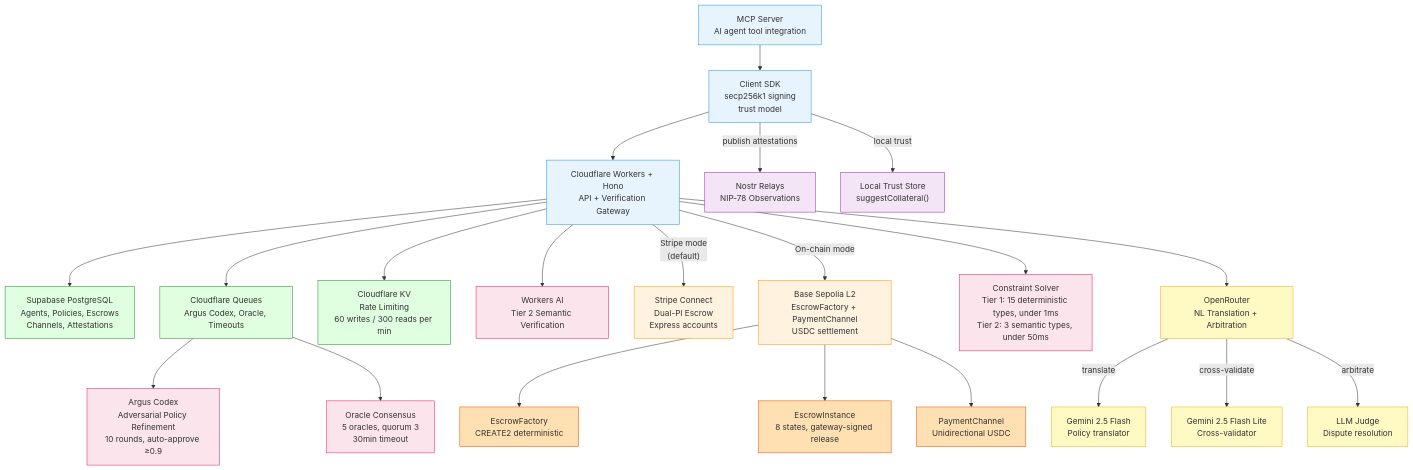
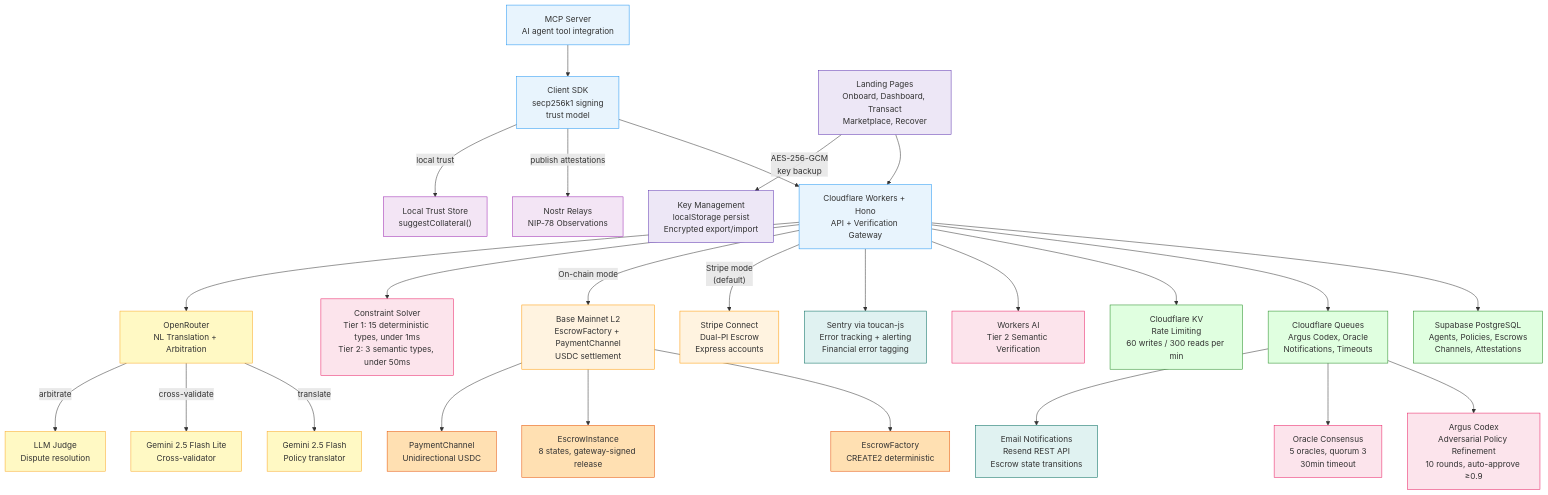
One commit to Schmoll86/trustthenverify changed the diagram in docs/architecture.mmd. Above: the diagram before and after it, drawn with Mermaid. The commit also changed 3 other files, not shown here.

First line of the commit message:
docs: update CLAUDE.md, README, architecture diagram for production readiness

````diff
--- a/docs/architecture.mmd
+++ b/docs/architecture.mmd
@@ -1,47 +1,56 @@
 ```mermaid
 graph TD
     SDK["Client SDK<br/>secp256k1 signing<br/>trust model"] --> API["Cloudflare Workers + Hono<br/>API + Verification Gateway"]
     MCP["MCP Server<br/>AI agent tool integration"] --> SDK
+    LANDING["Landing Pages<br/>Onboard, Dashboard, Transact<br/>Marketplace, Recover"] --> API
 
     API --> DB["Supabase PostgreSQL<br/>Agents, Policies, Escrows<br/>Channels, Attestations"]
-    API --> QUEUE["Cloudflare Queues<br/>Argus Codex, Oracle, Timeouts"]
+    API --> QUEUE["Cloudflare Queues<br/>Argus Codex, Oracle<br/>Notifications, Timeouts"]
     API --> KV["Cloudflare KV<br/>Rate Limiting<br/>60 writes / 300 reads per min"]
     API --> WAI["Workers AI<br/>Tier 2 Semantic Verification"]
+    API --> SENTRY["Sentry via toucan-js<br/>Error tracking + alerting<br/>Financial error tagging"]
 
     API --> |"Stripe mode<br/>(default)"| STRIPE["Stripe Connect<br/>Dual-PI Escrow<br/>Express accounts"]
-    API --> |"On-chain mode"| BASE["Base Sepolia L2<br/>EscrowFactory + PaymentChannel<br/>USDC settlement"]
+    API --> |"On-chain mode"| BASE["Base Mainnet L2<br/>EscrowFactory + PaymentChannel<br/>USDC settlement"]
 
     API --> VERIFY["Constraint Solver<br/>Tier 1: 15 deterministic types, under 1ms<br/>Tier 2: 3 semantic types, under 50ms"]
 
     API --> OPENROUTER["OpenRouter<br/>NL Translation + Arbitration"]
 
     OPENROUTER --> |"translate"| GEMINI_FLASH["Gemini 2.5 Flash<br/>Policy translator"]
     OPENROUTER --> |"cross-validate"| GEMINI_LITE["Gemini 2.5 Flash Lite<br/>Cross-validator"]
     OPENROUTER --> |"arbitrate"| LLM_JUDGE["LLM Judge<br/>Dispute resolution"]
 
     QUEUE --> ARGUS["Argus Codex<br/>Adversarial Policy Refinement<br/>10 rounds, auto-approve ≥0.9"]
     QUEUE --> ORACLE["Oracle Consensus<br/>5 oracles, quorum 3<br/>30min timeout"]
+    QUEUE --> EMAIL["Email Notifications<br/>Resend REST API<br/>Escrow state transitions"]
 
     SDK --> |"publish attestations"| NOSTR["Nostr Relays<br/>NIP-78 Observations"]
     SDK --> |"local trust"| LOCAL["Local Trust Store<br/>suggestCollateral()"]
 
     BASE --> FACTORY["EscrowFactory<br/>CREATE2 deterministic"]
     BASE --> ESCROW_INST["EscrowInstance<br/>8 states, gateway-signed release"]
     BASE --> CHANNEL["PaymentChannel<br/>Unidirectional USDC"]
 
+    LANDING --> |"AES-256-GCM<br/>key backup"| KEYMGMT["Key Management<br/>localStorage persist<br/>Encrypted export/import"]
+
     classDef core fill:#e8f4fd,stroke:#2196F3;
     classDef storage fill:#e0ffe0,stroke:#228B22;
     classDef settlement fill:#fff3e0,stroke:#FF9800;
     classDef verification fill:#fce4ec,stroke:#E91E63;
     classDef p2p fill:#f3e5f5,stroke:#9C27B0;
     classDef llm fill:#fff9c4,stroke:#F9A825;
     classDef contracts fill:#ffe0b2,stroke:#E65100;
+    classDef ops fill:#e0f2f1,stroke:#00695C;
+    classDef frontend fill:#ede7f6,stroke:#5E35B1;
 
     class API,SDK,MCP core
     class DB,QUEUE,KV storage
     class STRIPE,BASE settlement
     class VERIFY,WAI,ARGUS,ORACLE verification
     class NOSTR,LOCAL p2p
     class OPENROUTER,GEMINI_FLASH,GEMINI_LITE,LLM_JUDGE llm
     class FACTORY,ESCROW_INST,CHANNEL contracts
+    class SENTRY,EMAIL ops
+    class LANDING,KEYMGMT frontend
 ```
````
